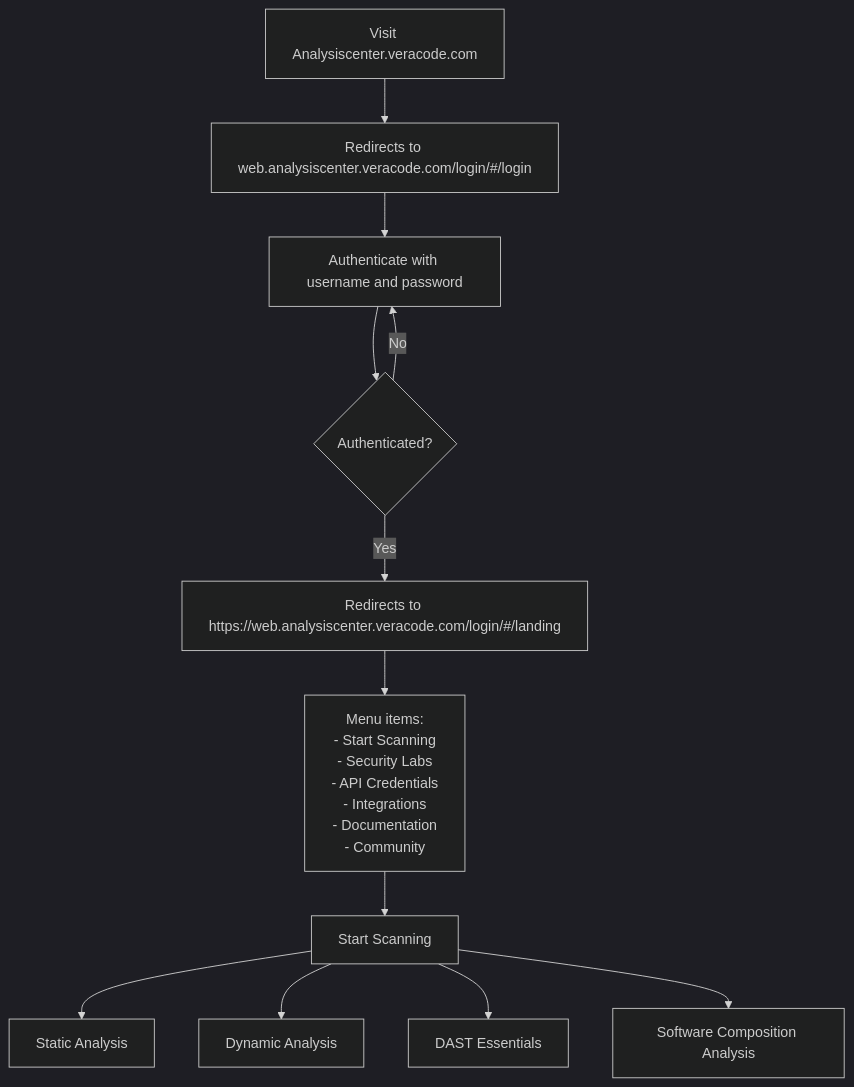
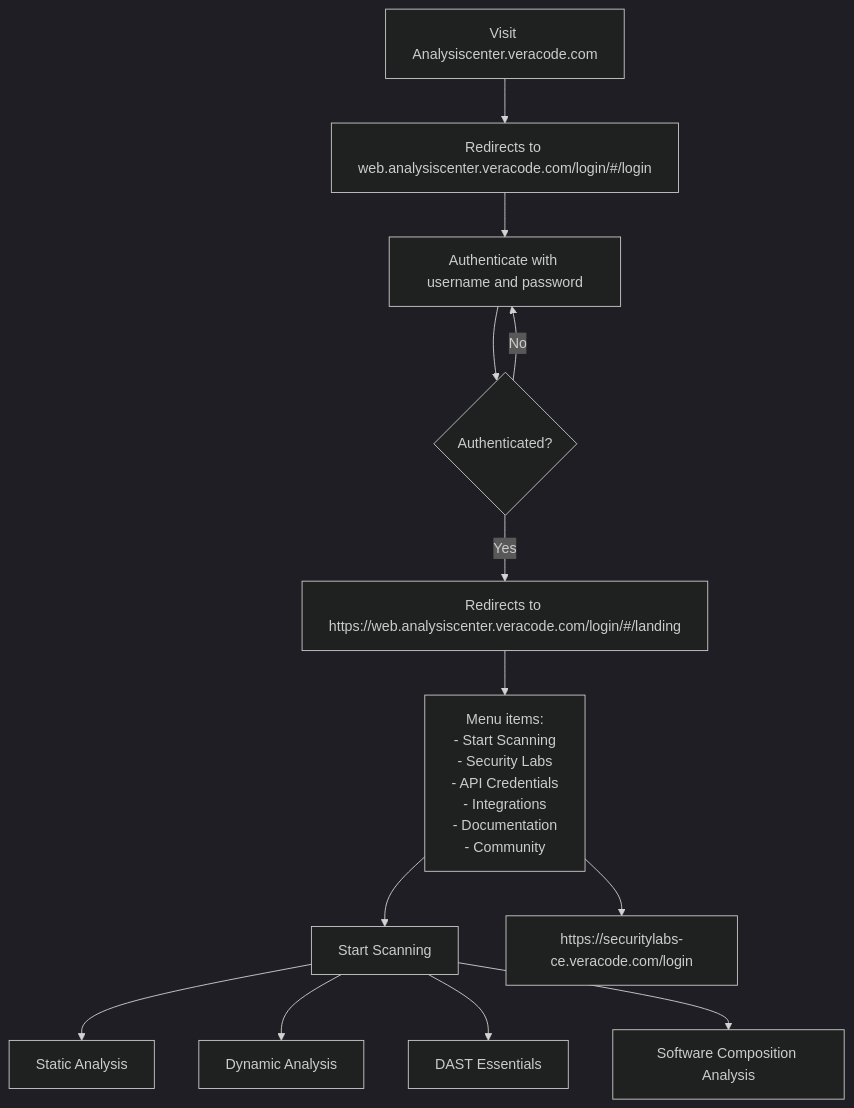
Before and after one commit to ramu318535/testforme: the diagram in README.md, drawn with Mermaid (dark theme).

````diff
--- a/README.md
+++ b/README.md
@@ -1,14 +1,15 @@
 ```mermaid 
 graph TD;
     A[Visit Analysiscenter.veracode.com] --> B[Redirects to web.analysiscenter.veracode.com/login/#/login];
     B --> C[Authenticate with username and password];
     C --> D{Authenticated?};
     D -->|Yes| E[Redirects to https://web.analysiscenter.veracode.com/login/#/landing];
     D -->|No| C;
     E --> F[Menu items: <br> - Start Scanning <br> - Security Labs <br> - API Credentials <br> - Integrations <br> - Documentation <br> - Community];
     F --> G[Start Scanning];
     G --> H[Static Analysis];
     G --> I[Dynamic Analysis];
     G --> J[DAST Essentials];
     G --> K[Software Composition Analysis];
+    F --> L[https://securitylabs-ce.veracode.com/login];
 ```
````
